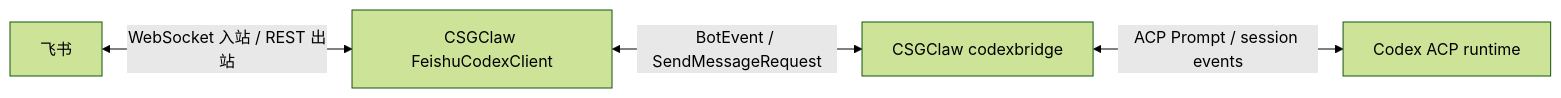
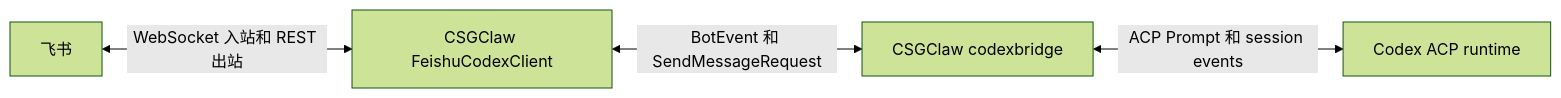
The sixth of 12 diagrams in docs/channel/codex-feishu.zh.md (GatewayJ/csgclaw), drawn with Mermaid (forest theme) before and after one commit. The commit also changed other lines of this file, not shown here.

Commit message:
docs: simplify mermaid sequence syntax

````diff
--- a/docs/channel/codex-feishu.zh.md
+++ b/docs/channel/codex-feishu.zh.md
@@ -146,11 +148,11 @@
 ```mermaid
 flowchart LR
     Feishu[飞书]
     FeishuClient[CSGClaw FeishuCodexClient]
     CodexBridge[CSGClaw codexbridge]
     CodexRuntime[Codex ACP runtime]
 
-    Feishu <-->|WebSocket 入站 / REST 出站| FeishuClient
-    FeishuClient <-->|BotEvent / SendMessageRequest| CodexBridge
-    CodexBridge <-->|ACP Prompt / session events| CodexRuntime
+    Feishu <-->|WebSocket 入站和 REST 出站| FeishuClient
+    FeishuClient <-->|BotEvent 和 SendMessageRequest| CodexBridge
+    CodexBridge <-->|ACP Prompt 和 session events| CodexRuntime
 ```
````
